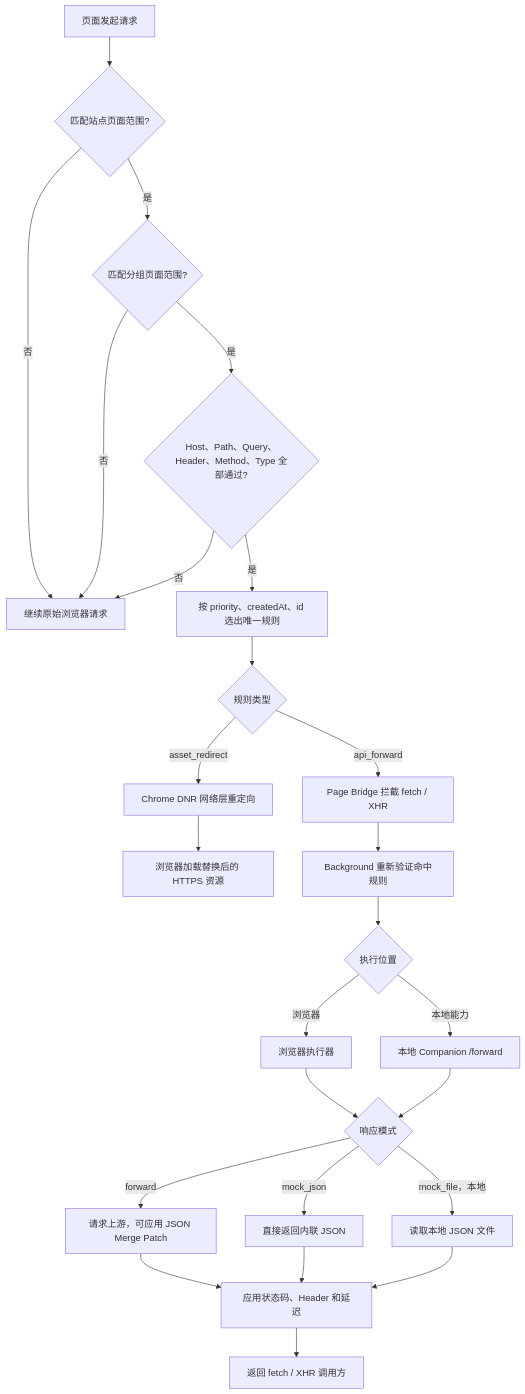
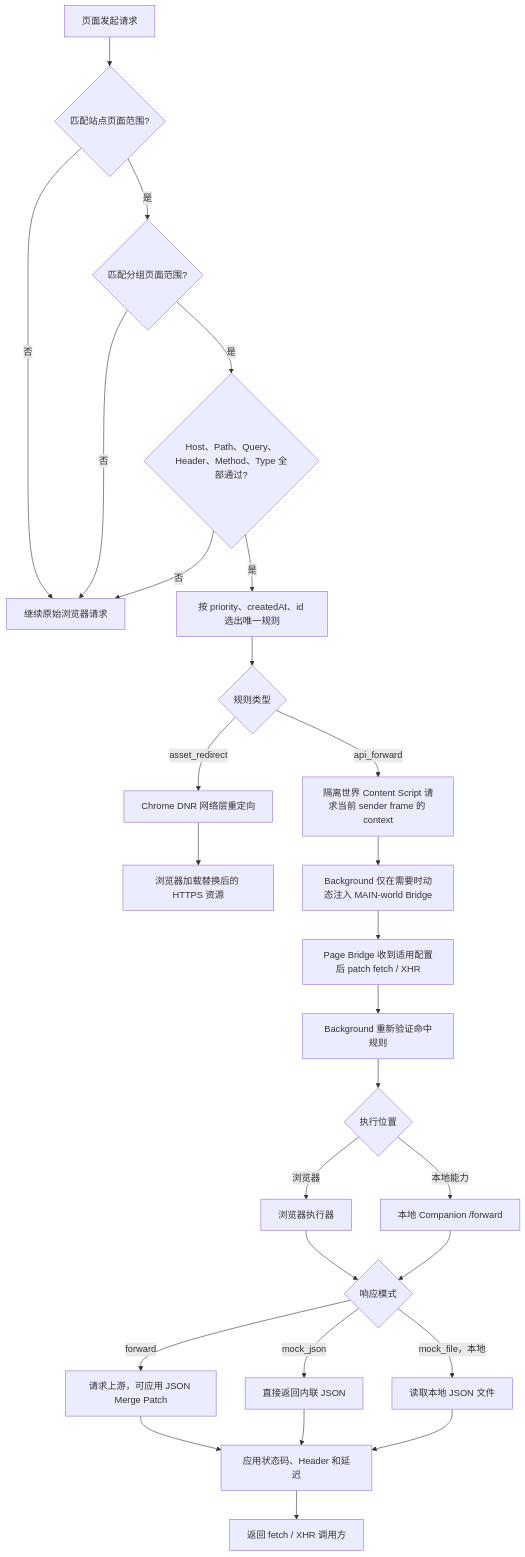
One commit to real-jacket/resource-forwarder changed the third of 4 diagrams in README.zh-CN.md. Above: the diagram before and after it, drawn with Mermaid. The commit also changed 3 other files, not shown here.

````diff
--- a/README.zh-CN.md
+++ b/README.zh-CN.md
@@ -151,29 +151,31 @@
 ```mermaid
 flowchart TD
   Request["页面发起请求"] --> ProjectScope{"匹配站点页面范围?"}
   ProjectScope -->|否| Native["继续原始浏览器请求"]
   ProjectScope -->|是| RuleSetScope{"匹配分组页面范围?"}
   RuleSetScope -->|否| Native
   RuleSetScope -->|是| Conditions{"Host、Path、Query、Header、Method、Type 全部通过?"}
   Conditions -->|否| Native
   Conditions -->|是| Winner["按 priority、createdAt、id 选出唯一规则"]
   Winner --> Kind{"规则类型"}
 
   Kind -->|asset_redirect| DNR["Chrome DNR 网络层重定向"]
   DNR --> AssetTarget["浏览器加载替换后的 HTTPS 资源"]
 
-  Kind -->|api_forward| Bridge["Page Bridge 拦截 fetch / XHR"]
+  Kind -->|api_forward| Context["隔离世界 Content Script 请求当前 sender frame 的 context"]
+  Context --> Inject["Background 仅在需要时动态注入 MAIN-world Bridge"]
+  Inject --> Bridge["Page Bridge 收到适用配置后 patch fetch / XHR"]
   Bridge --> Background["Background 重新验证命中规则"]
   Background --> Executor{"执行位置"}
   Executor -->|浏览器| Browser["浏览器执行器"]
   Executor -->|本地能力| Local["本地 Companion /forward"]
   Browser --> Mode{"响应模式"}
   Local --> Mode
   Mode -->|forward| Forward["请求上游，可应用 JSON Merge Patch"]
   Mode -->|mock_json| Inline["直接返回内联 JSON"]
   Mode -->|mock_file，本地| File["读取本地 JSON 文件"]
   Forward --> Response["应用状态码、Header 和延迟"]
   Inline --> Response
   File --> Response
   Response --> Caller["返回 fetch / XHR 调用方"]
 ```
````
